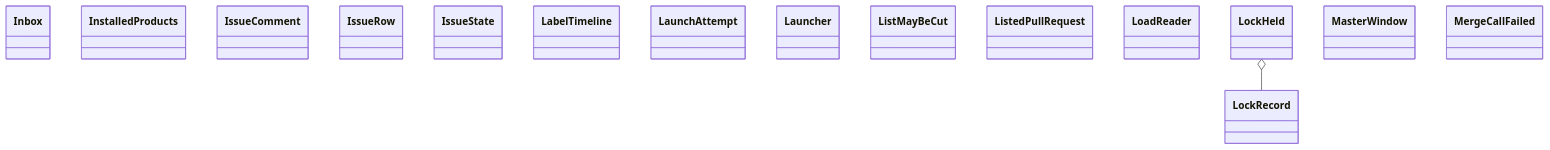
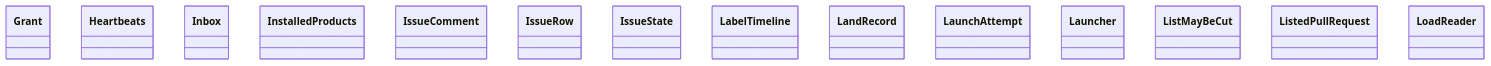
One commit to GonzaloZevallos/agentic-system changed the diagram in docs/architecture/generated/classes-process-application-support-3.md. Above: the diagram before and after it, drawn with Mermaid. The commit also changed other lines of this file and 28 other files, not shown here.

First line of the commit message:
Add the pure playbook landing verdict, LandAttempt and its on-disk record

````diff
--- a/docs/architecture/generated/classes-process-application-support-3.md
+++ b/docs/architecture/generated/classes-process-application-support-3.md
@@ -19,19 +20,17 @@
 ```mermaid
 classDiagram
+    class ports__Grant["Grant"]
+    class ports__Heartbeats["Heartbeats"]
     class ports__Inbox["Inbox"]
     class ports__InstalledProducts["InstalledProducts"]
     class ports__IssueComment["IssueComment"]
     class ports__IssueRow["IssueRow"]
     class ports__IssueState["IssueState"]
     class ports__LabelTimeline["LabelTimeline"]
+    class ports__LandRecord["LandRecord"]
     class ports__LaunchAttempt["LaunchAttempt"]
     class ports__Launcher["Launcher"]
     class ports__ListMayBeCut["ListMayBeCut"]
     class ports__ListedPullRequest["ListedPullRequest"]
     class ports__LoadReader["LoadReader"]
-    class ports__LockHeld["LockHeld"]
-    class ports__LockRecord["LockRecord"]
-    class ports__MasterWindow["MasterWindow"]
-    class ports__MergeCallFailed["MergeCallFailed"]
-    ports__LockHeld o-- ports__LockRecord
 ```
````
